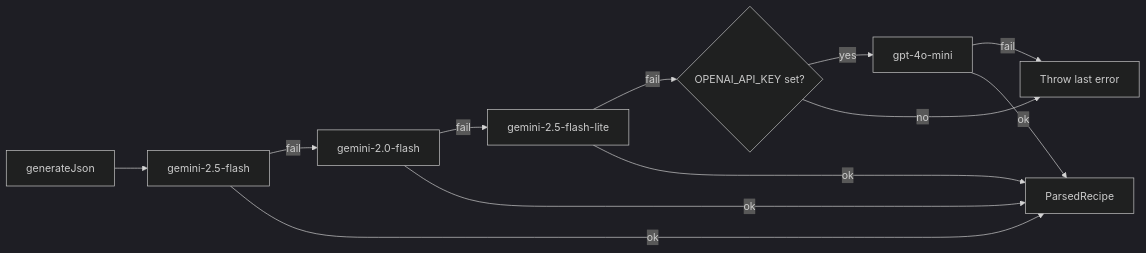
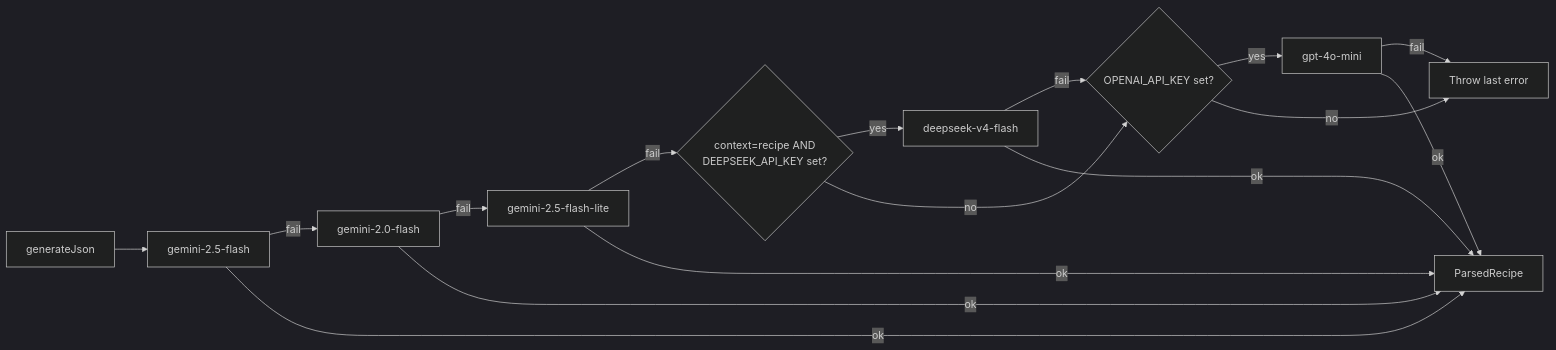
Before and after one commit to Sailarn/RecipAI: the fifth of 7 diagrams in docs/explanation/parse-pipeline.md, drawn with Mermaid (dark theme). The commit also changed other lines of this file and 2 other files, not shown here.

Commit message:
docs: sync parse-pipeline/env/gotchas with DeepSeek fallback and scraper changes
Covers the last three commits: DeepSeek's position in the AI model
chain, the new injectable htmlFetcher seam, and the phantomjs_fallback
logging fix (with the real "out of credits" incident that motivated it
recorded as a gotcha).

````diff
--- a/docs/explanation/parse-pipeline.md
+++ b/docs/explanation/parse-pipeline.md
@@ -102,14 +104,18 @@
 ```mermaid
 graph LR
     A[generateJson] --> B[gemini-2.5-flash]
     B -->|fail| C[gemini-2.0-flash]
     C -->|fail| D[gemini-2.5-flash-lite]
-    D -->|fail| E{OPENAI_API_KEY set?}
+    D -->|fail| DS{context=recipe AND<br/>DEEPSEEK_API_KEY set?}
+    DS -->|yes| DM[deepseek-v4-flash]
+    DS -->|no| E{OPENAI_API_KEY set?}
+    DM -->|fail| E
     E -->|yes| F[gpt-4o-mini]
     E -->|no| G[Throw last error]
     F -->|fail| G
     B -->|ok| H[ParsedRecipe]
     C -->|ok| H
     D -->|ok| H
+    DM -->|ok| H
     F -->|ok| H
 ```
````
